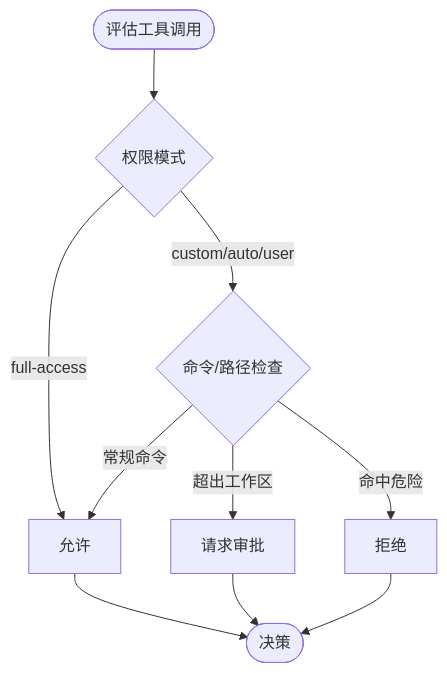
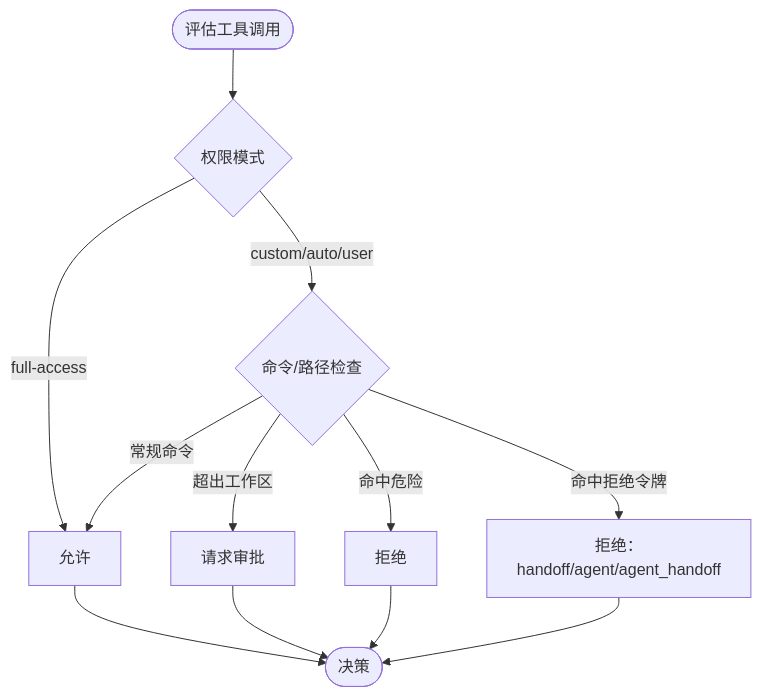
Before and after one commit to haolange/RDC-Agent: diagram 13 of 16 in .qoder/repowiki/zh/content/核心模块/工具系统/工具系统.md, drawn with Mermaid. The commit also changed other lines of this file and 90 other files, not shown here.

````diff
--- a/.qoder/repowiki/zh/content/核心模块/工具系统/工具系统.md
+++ b/.qoder/repowiki/zh/content/核心模块/工具系统/工具系统.md
@@ -495,12 +549,14 @@
 ```mermaid
 flowchart TD
 Start(["评估工具调用"]) --> Mode{"权限模式"}
 Mode --> |full-access| Allow["允许"]
 Mode --> |custom/auto/user| CheckCmd{"命令/路径检查"}
 CheckCmd --> |命中危险| Deny["拒绝"]
+CheckCmd --> |命中拒绝令牌| DenyToken["拒绝：handoff/agent/agent_handoff"]
 CheckCmd --> |超出工作区| Request["请求审批"]
 CheckCmd --> |常规命令| Allow
 Allow --> End(["决策"])
 Request --> End
 Deny --> End
+DenyToken --> End
 ```
````
